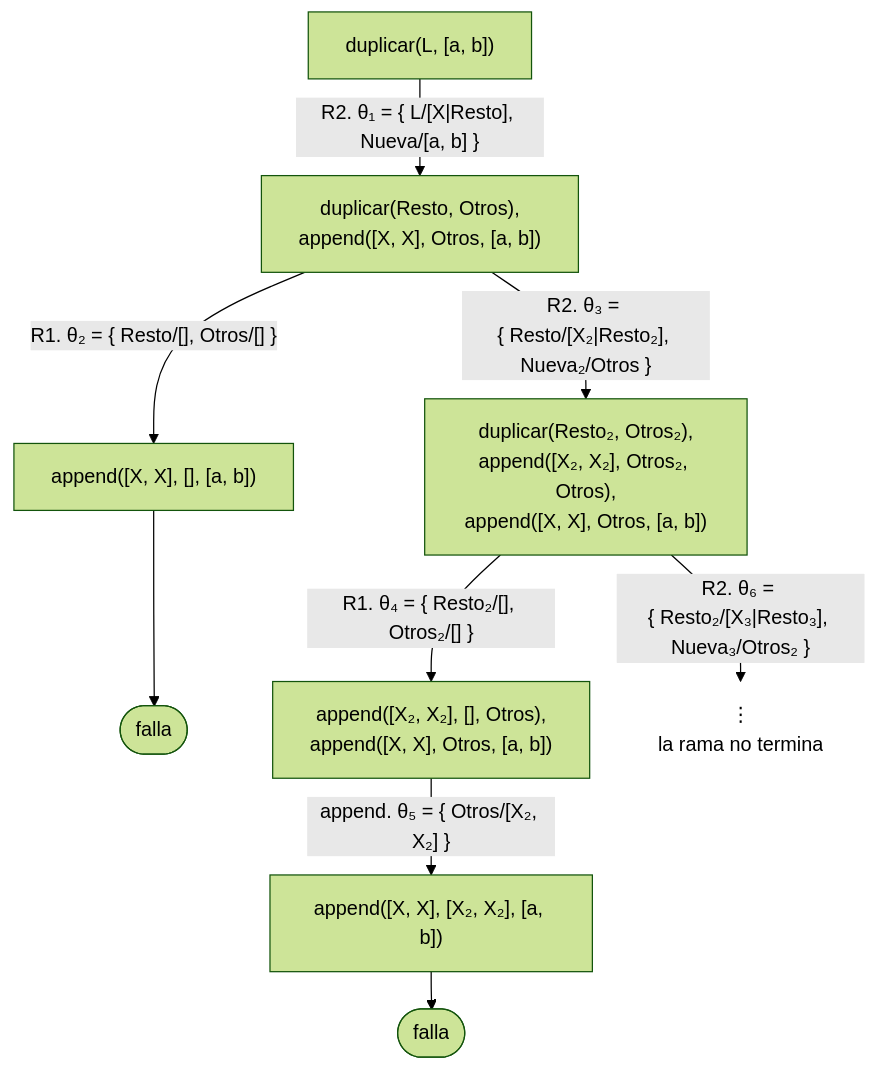
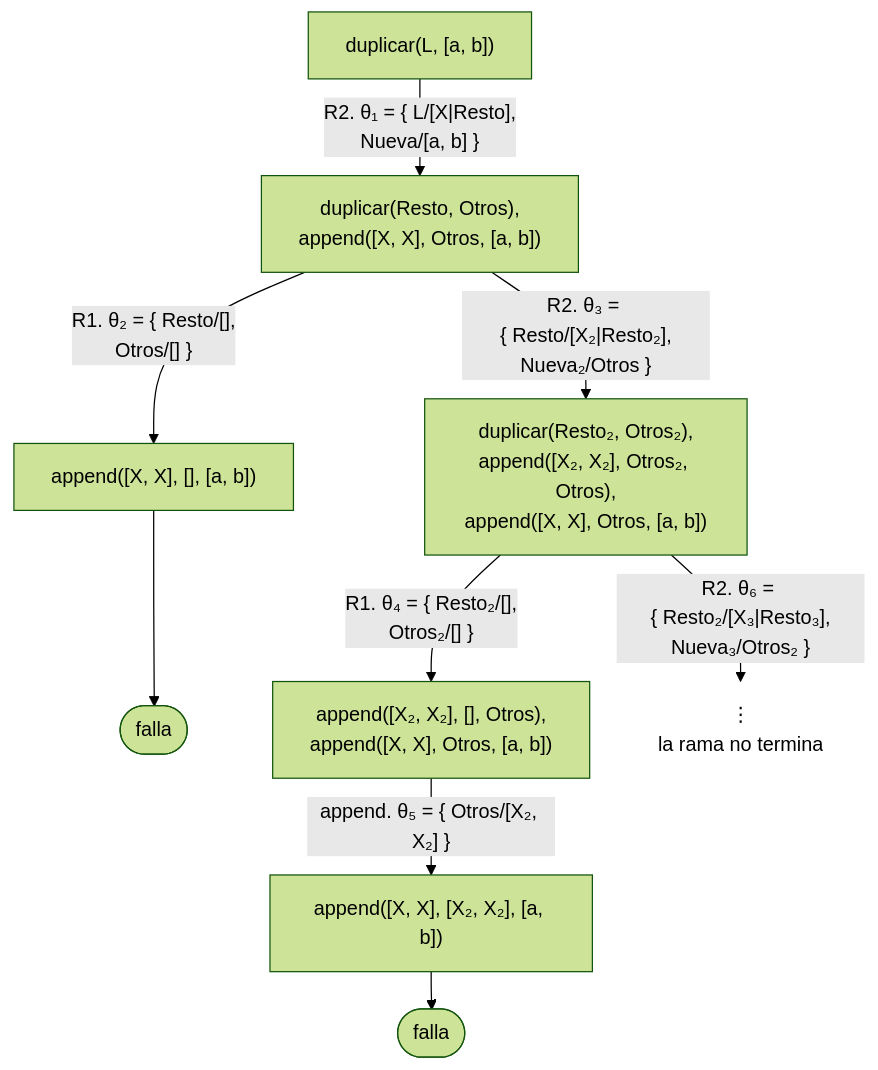
Before and after one commit to CesarBallardini/curso-de-prolog: the fourth of 6 diagrams in docs/capitulo-07-listas/soluciones.md, drawn with Mermaid (forest theme). The commit also changed other lines of this file and 24 other files, not shown here.

First line of the commit message:
feat(docs): botones para ocultar las columnas laterales y etiquetas cortas en los diagramas

````diff
--- a/docs/capitulo-07-listas/soluciones.md
+++ b/docs/capitulo-07-listas/soluciones.md
@@ -381,14 +381,14 @@
 ```mermaid
 %%{init: {"flowchart": {"rankSpacing": 30, "nodeSpacing": 25}}}%%
 flowchart TD
-    A["duplicar(L, [a, b])"] -- "R2. θ₁ = {&nbsp;L/[X|Resto], Nueva/[a, b]&nbsp;}" --> B["duplicar(Resto, Otros),<br/>append([X, X], Otros, [a, b])"]
-    B -- "R1. θ₂ = {&nbsp;Resto/[], Otros/[]&nbsp;}" --> C["append([X, X], [], [a, b])"]
+    A["duplicar(L, [a, b])"] -- "R2. θ₁ = {&nbsp;L/[X|Resto],<br/>Nueva/[a, b]&nbsp;}" --> B["duplicar(Resto, Otros),<br/>append([X, X], Otros, [a, b])"]
+    B -- "R1. θ₂ = {&nbsp;Resto/[],<br/>Otros/[]&nbsp;}" --> C["append([X, X], [], [a, b])"]
     C --> F1(["falla"])
-    B -- "R2. θ₃ = {&nbsp;Resto/[X₂|Resto₂], Nueva₂/Otros&nbsp;}" --> D["duplicar(Resto₂, Otros₂),<br/>append([X₂, X₂], Otros₂, Otros),<br/>append([X, X], Otros, [a, b])"]
-    D -- "R1. θ₄ = {&nbsp;Resto₂/[], Otros₂/[]&nbsp;}" --> E["append([X₂, X₂], [], Otros),<br/>append([X, X], Otros, [a, b])"]
+    B -- "R2. θ₃ = {&nbsp;Resto/[X₂|Resto₂],<br/>Nueva₂/Otros&nbsp;}" --> D["duplicar(Resto₂, Otros₂),<br/>append([X₂, X₂], Otros₂, Otros),<br/>append([X, X], Otros, [a, b])"]
+    D -- "R1. θ₄ = {&nbsp;Resto₂/[],<br/>Otros₂/[]&nbsp;}" --> E["append([X₂, X₂], [], Otros),<br/>append([X, X], Otros, [a, b])"]
     E -- "append. θ₅ = {&nbsp;Otros/[X₂, X₂]&nbsp;}" --> G["append([X, X], [X₂, X₂], [a, b])"]
     G --> F2(["falla"])
-    D -- "R2. θ₆ = {&nbsp;Resto₂/[X₃|Resto₃], Nueva₃/Otros₂&nbsp;}" --> V["⋮<br/>la rama no termina"]
+    D -- "R2. θ₆ = {&nbsp;Resto₂/[X₃|Resto₃],<br/>Nueva₃/Otros₂&nbsp;}" --> V["⋮<br/>la rama no termina"]
     classDef abierto fill:none,stroke:none;
     class V abierto;
 ```
````
